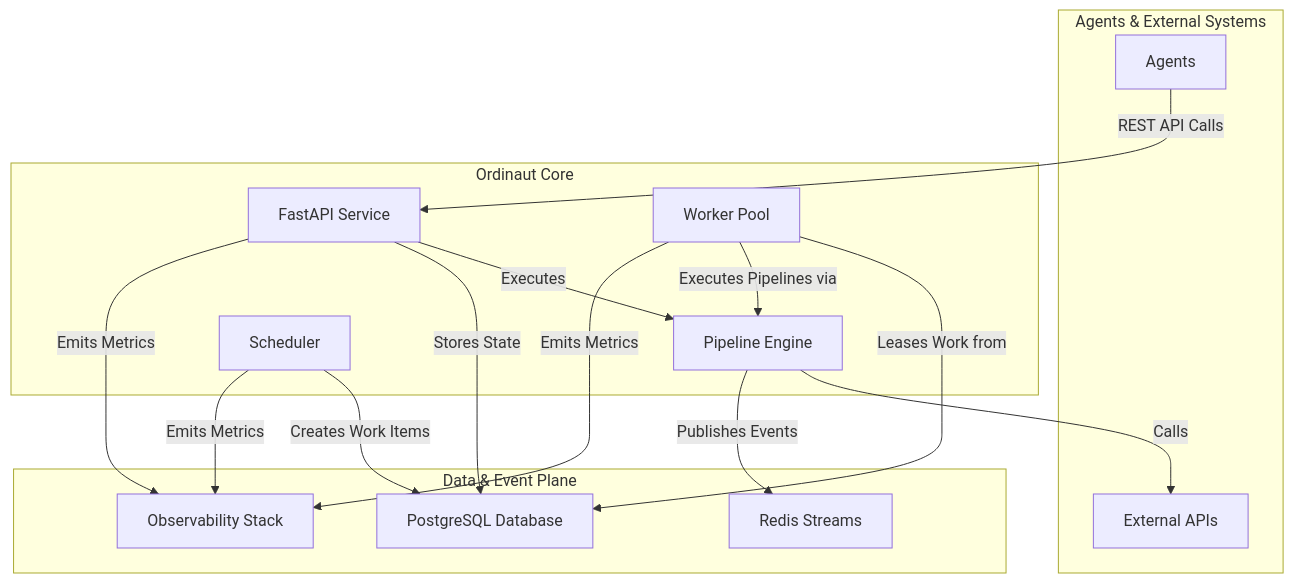
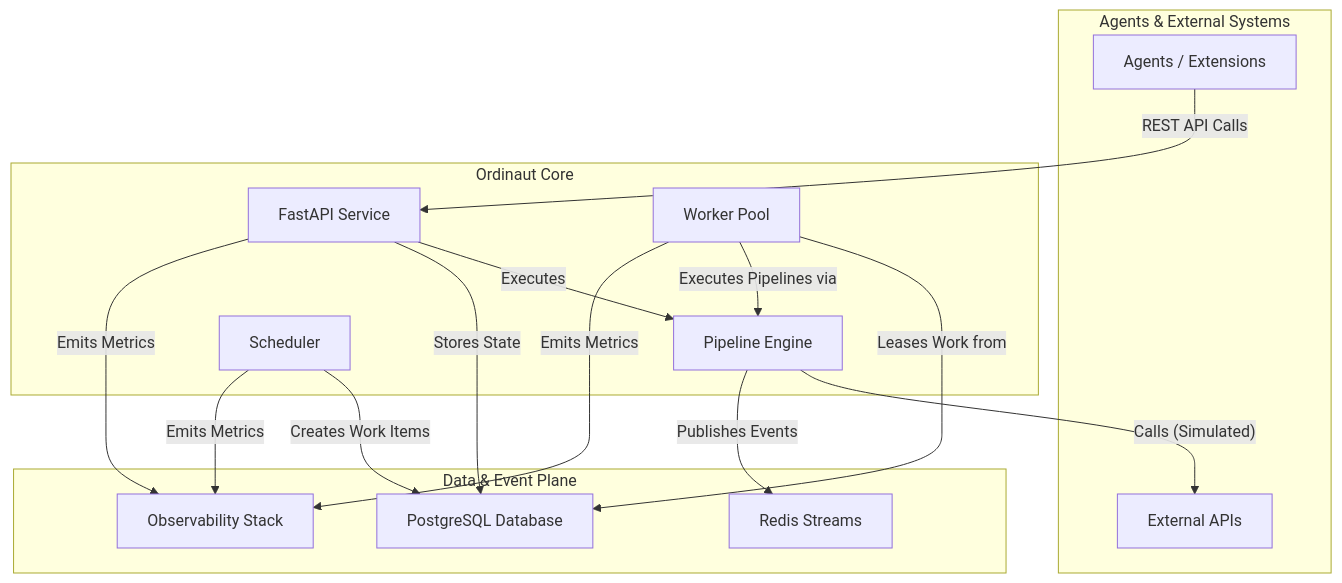
Before and after one commit to yoda-digital/ordinaut: the diagram in docs/getting-started/overview.md, drawn with Mermaid. The commit also changed other lines of this file and 97 other files, not shown here.

````diff
--- a/docs/getting-started/overview.md
+++ b/docs/getting-started/overview.md
@@ -17,33 +17,33 @@
 ```mermaid
 graph TD
     subgraph Agents & External Systems
-        A[Agents]
+        A[Agents / Extensions]
         E[External APIs]
     end
 
     subgraph Ordinaut Core
         B[FastAPI Service]
         C[Pipeline Engine]
         D[Worker Pool]
         F[Scheduler]
     end
 
     subgraph Data & Event Plane
         G[PostgreSQL Database]
         H[Redis Streams]
         I[Observability Stack]
     end
 
     A -- REST API Calls --> B
     B -- Executes --> C
-    C -- Calls --> E
+    C -- Calls (Simulated) --> E
     C -- Publishes Events --> H
     F -- Creates Work Items --> G
     D -- Leases Work from --> G
     D -- Executes Pipelines via --> C
     
     B -- Stores State --> G
     B -- Emits Metrics --> I
     D -- Emits Metrics --> I
     F -- Emits Metrics --> I
 ```
````
